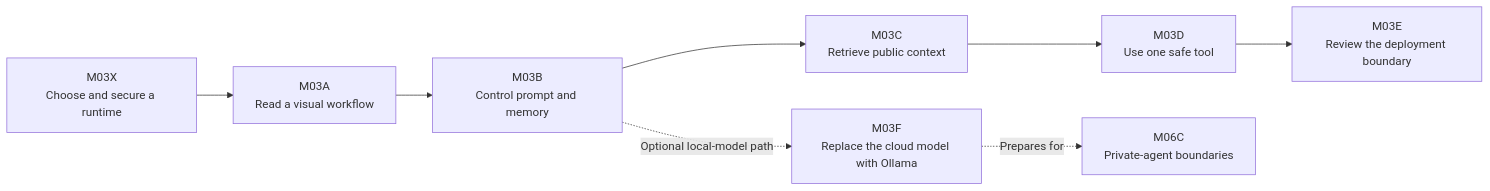
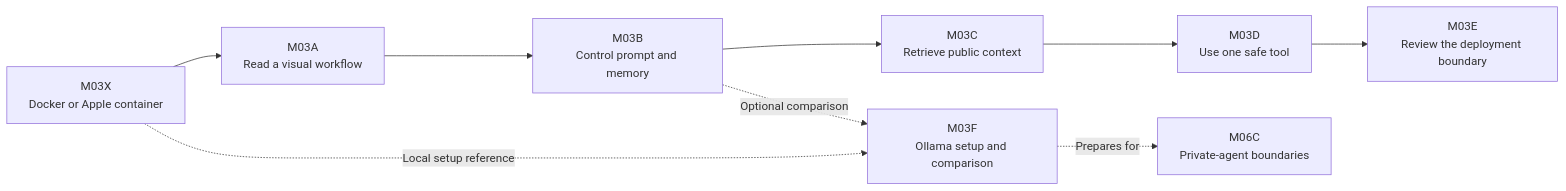
The diagram in M03-Context-Orchestration/README.md (tulip-lab/agentic-AI-lab), drawn with Mermaid before and after one commit. The commit also changed other lines of this file and 5 other files, not shown here.

````diff
--- a/M03-Context-Orchestration/README.md
+++ b/M03-Context-Orchestration/README.md
@@ -9,10 +13,11 @@
 ```mermaid
 flowchart LR
-    X[M03X<br/>Choose and secure a runtime] --> A[M03A<br/>Read a visual workflow]
+    X[M03X<br/>Docker or Apple container] --> A[M03A<br/>Read a visual workflow]
     A --> B[M03B<br/>Control prompt and memory]
     B --> C[M03C<br/>Retrieve public context]
     C --> D[M03D<br/>Use one safe tool]
     D --> E[M03E<br/>Review the deployment boundary]
-    B -. Optional local-model path .-> F[M03F<br/>Replace the cloud model with Ollama]
+    X -. Local setup reference .-> F[M03F<br/>Ollama setup and comparison]
+    B -. Optional comparison .-> F
     F -. Prepares for .-> M6[M06C<br/>Private-agent boundaries]
 ```
````
